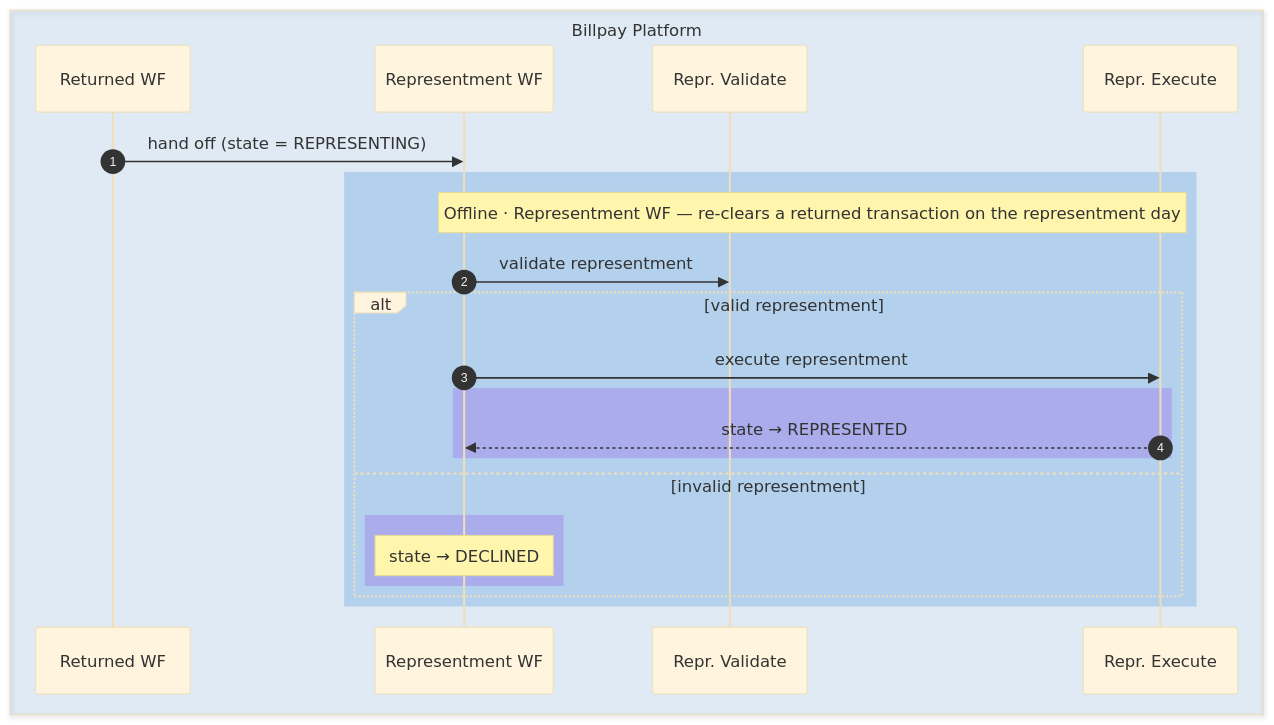
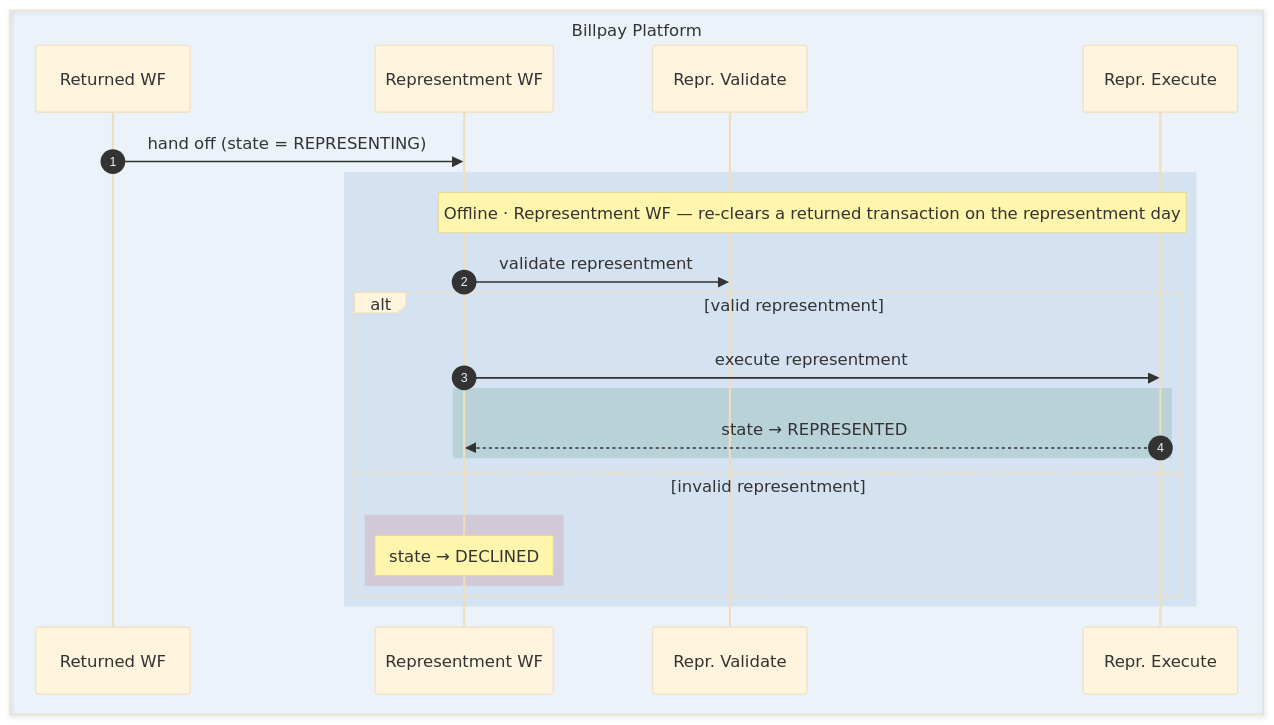
Before and after one commit to arunav-bhattacharya/billpay-book: the eighth of 12 diagrams in website/docs/design/diagrams/sequence-diagram.md, drawn with Mermaid (base theme). The commit also changed other lines of this file and 48 other files, not shown here.

````diff
--- a/website/docs/design/diagrams/sequence-diagram.md
+++ b/website/docs/design/diagrams/sequence-diagram.md
@@ -569,28 +569,28 @@
 ```mermaid
 sequenceDiagram
   autonumber
 
-  box rgba(1,111,208,0.1) Billpay Platform
+  box rgba(1,111,208,0.06) Billpay Platform
     participant PR as Returned WF
     participant PRP as Representment WF
     participant PRRV as Repr. Validate
     participant PRRX as Repr. Execute
   end
 
   PR->>PRP: hand off (state = REPRESENTING)
 
-  rect rgba(1,111,208,0.2)
+  rect rgba(1,91,179,0.10)
     Note over PRP,PRRX: Offline · Representment WF — re-clears a returned transaction on the representment day
     PRP->>PRRV: validate representment
     alt valid representment
       PRP->>PRRX: execute representment
-      rect rgba(150,75,232,0.28)
+      rect rgba(47,125,84,0.16)
         PRRX-->>PRP: state → REPRESENTED
       end
     else invalid representment
-      rect rgba(150,75,232,0.28)
+      rect rgba(192,57,43,0.14)
         Note over PRP: state → DECLINED
       end
     end
   end
 ```
````
